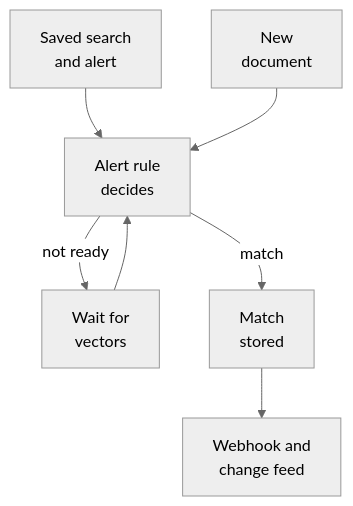
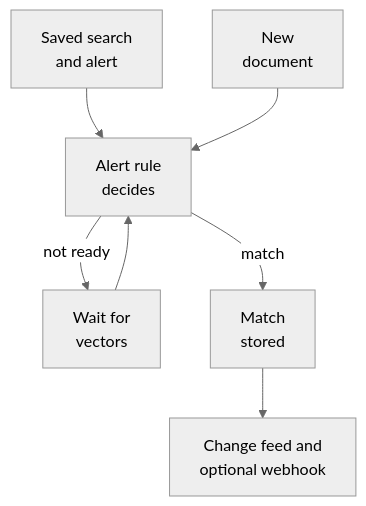
One commit to The-Vibe-Company/quivr changed the first of 2 diagrams in docs-site/guides/alerts.mdx. Above: the diagram before and after it, drawn with Mermaid (neutral theme). The commit also changed other lines of this file and 31 other files, not shown here.

````diff
--- a/docs-site/guides/alerts.mdx
+++ b/docs-site/guides/alerts.mdx
@@ -13,9 +13,9 @@
 ```mermaid
 flowchart TD
     alert["Saved search<br/>and alert"] --> rule["Alert rule<br/>decides"]
     doc["New<br/>document"] --> rule
     rule -->|not ready| wait["Wait for<br/>vectors"]
     wait --> rule
     rule -->|match| match["Match<br/>stored"]
-    match --> notice["Webhook and<br/>change feed"]
+    match --> notice["Change feed and<br/>optional webhook"]
 ```
````
